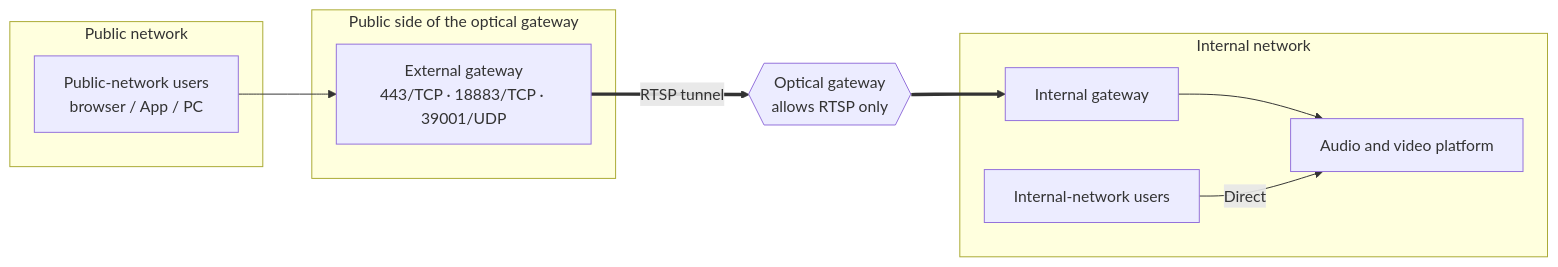
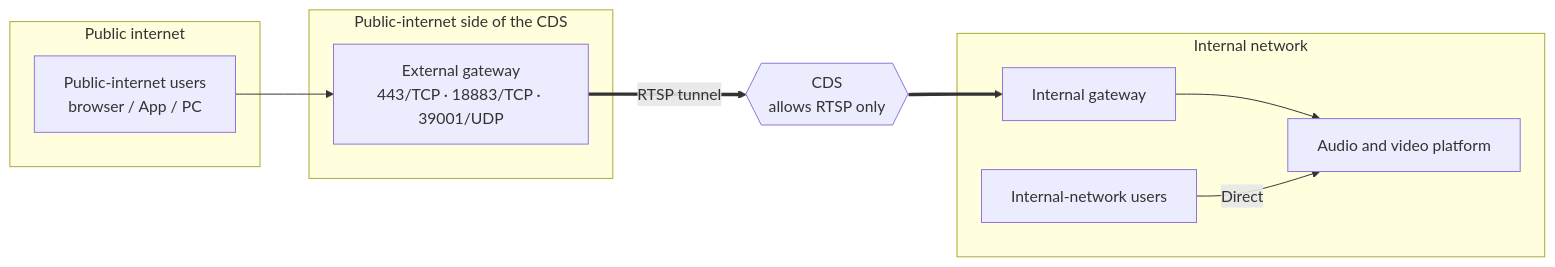
One commit to seastart/stmlink-docs changed the first of 2 diagrams in en/product/deploy/optical-gap.md. Above: the diagram before and after it, drawn with Mermaid. The commit also changed other lines of this file and 15 other files, not shown here.

````diff
--- a/en/product/deploy/optical-gap.md
+++ b/en/product/deploy/optical-gap.md
@@ -16,24 +16,24 @@
 ```mermaid
 flowchart LR
-    subgraph EXT["Public network"]
-        U1["Public-network users<br/>browser / App / PC"]
+    subgraph EXT["Public internet"]
+        U1["Public-internet users<br/>browser / App / PC"]
     end
 
-    subgraph DMZ["Public side of the optical gateway"]
+    subgraph DMZ["Public-internet side of the CDS"]
         OG["External gateway<br/>443/TCP · 18883/TCP · 39001/UDP"]
     end
 
-    GAP{{"Optical gateway<br/>allows RTSP only"}}
+    GAP{{"CDS<br/>allows RTSP only"}}
 
     subgraph IN["Internal network"]
         IG["Internal gateway"]
         PF["Audio and video platform"]
         I1["Internal-network users"]
     end
 
     U1 --> OG
     OG == "RTSP tunnel" ==> GAP
     GAP ==> IG
     IG --> PF
     I1 -- "Direct" --> PF
 ```
````
